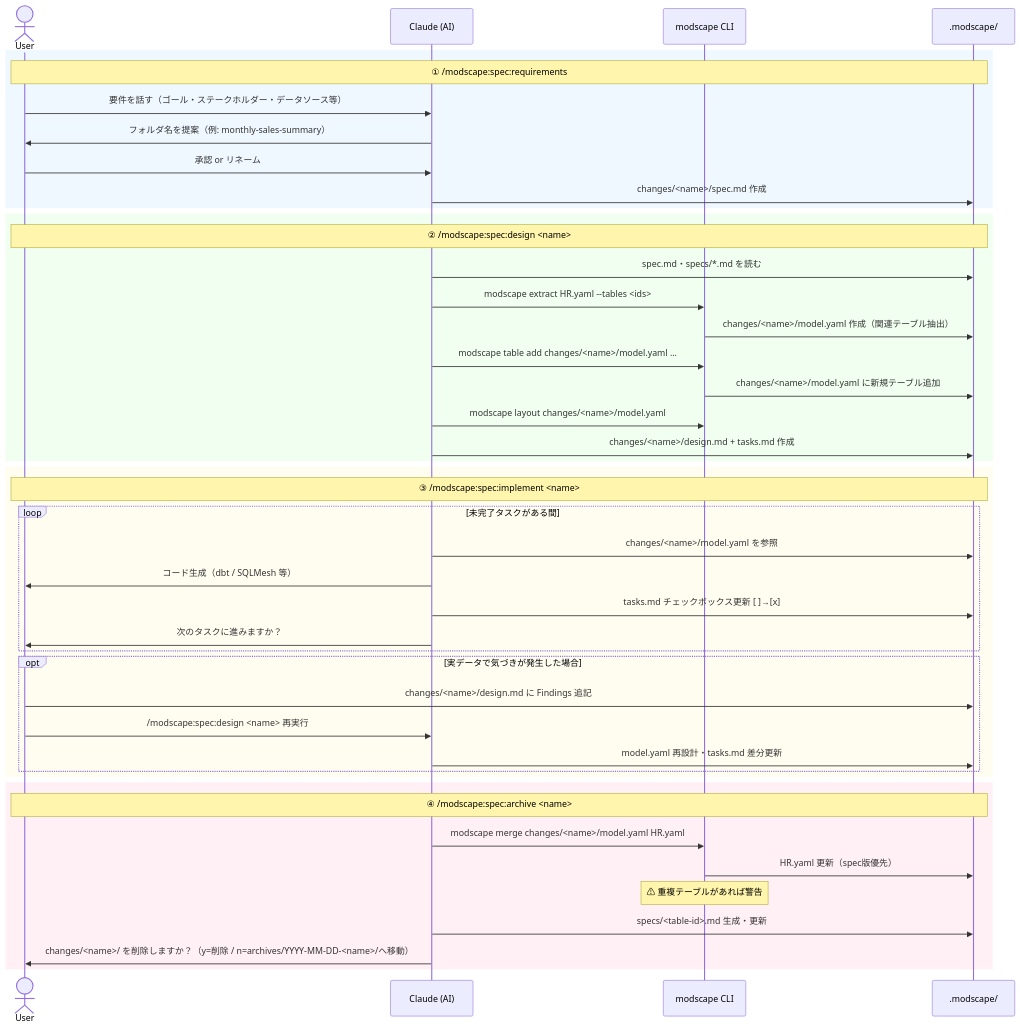
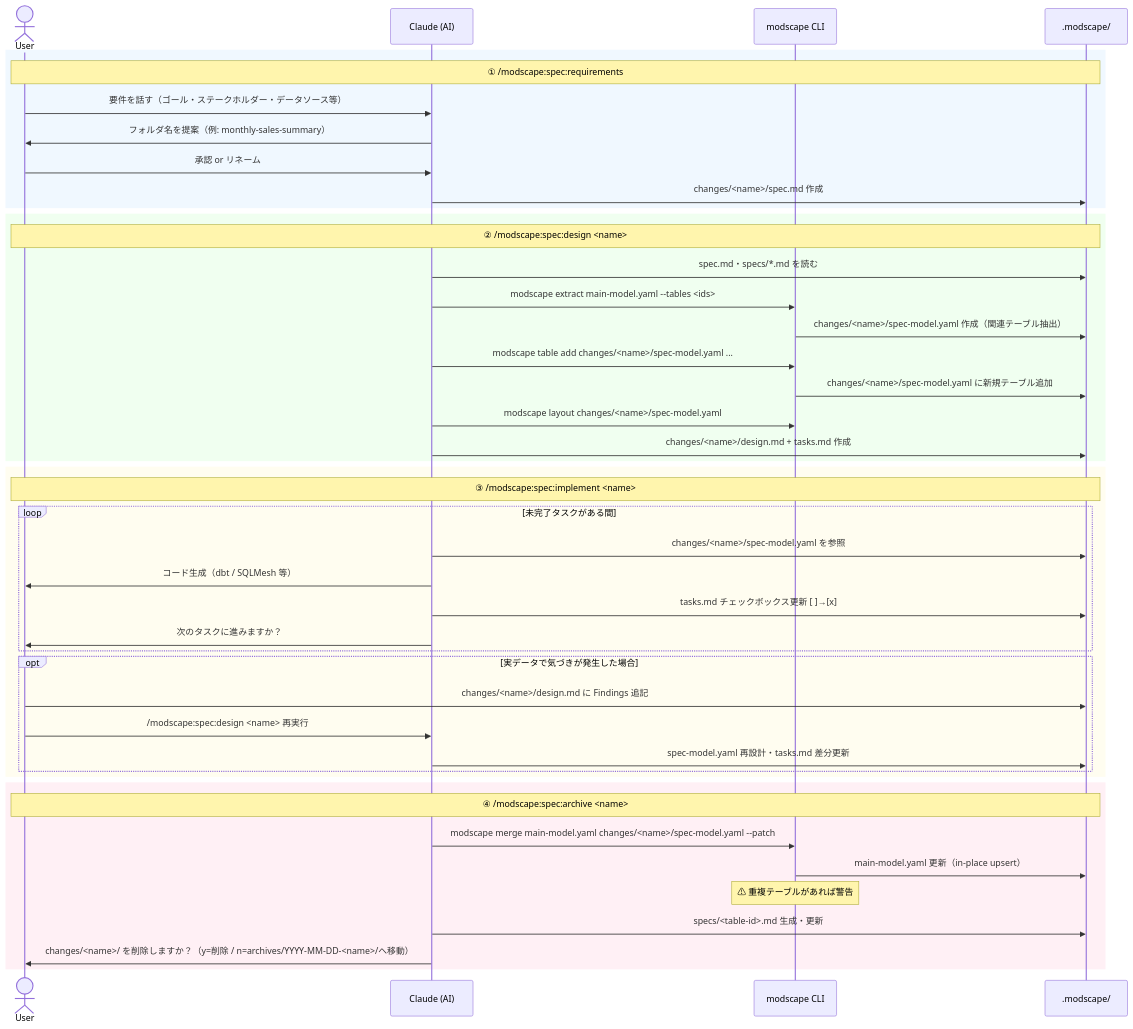
Before and after one commit to yujikawa/modscape: the diagram in README.ja.md, drawn with Mermaid. The commit also changed other lines of this file and 19 other files, not shown here.

````diff
--- a/README.ja.md
+++ b/README.ja.md
@@ -565,50 +565,50 @@
 ```mermaid
 sequenceDiagram
     actor User
     participant AI as Claude (AI)
     participant CLI as modscape CLI
     participant FS as .modscape/
 
     rect rgb(240, 248, 255)
         Note over User,FS: ① /modscape:spec:requirements
         User->>AI: 要件を話す（ゴール・ステークホルダー・データソース等）
         AI->>User: フォルダ名を提案（例: monthly-sales-summary）
         User->>AI: 承認 or リネーム
         AI->>FS: changes/<name>/spec.md 作成
     end
 
     rect rgb(240, 255, 240)
         Note over User,FS: ② /modscape:spec:design <name>
         AI->>FS: spec.md・specs/*.md を読む
-        AI->>CLI: modscape extract HR.yaml --tables <ids>
-        CLI->>FS: changes/<name>/model.yaml 作成（関連テーブル抽出）
-        AI->>CLI: modscape table add changes/<name>/model.yaml ...
-        CLI->>FS: changes/<name>/model.yaml に新規テーブル追加
-        AI->>CLI: modscape layout changes/<name>/model.yaml
+        AI->>CLI: modscape extract main-model.yaml --tables <ids>
+        CLI->>FS: changes/<name>/spec-model.yaml 作成（関連テーブル抽出）
+        AI->>CLI: modscape table add changes/<name>/spec-model.yaml ...
+        CLI->>FS: changes/<name>/spec-model.yaml に新規テーブル追加
+        AI->>CLI: modscape layout changes/<name>/spec-model.yaml
         AI->>FS: changes/<name>/design.md + tasks.md 作成
     end
 
     rect rgb(255, 253, 240)
         Note over User,FS: ③ /modscape:spec:implement <name>
         loop 未完了タスクがある間
-            AI->>FS: changes/<name>/model.yaml を参照
+            AI->>FS: changes/<name>/spec-model.yaml を参照
             AI->>User: コード生成（dbt / SQLMesh 等）
             AI->>FS: tasks.md チェックボックス更新 [ ]→[x]
             AI->>User: 次のタスクに進みますか？
         end
         opt 実データで気づきが発生した場合
             User->>FS: changes/<name>/design.md に Findings 追記
             User->>AI: /modscape:spec:design <name> 再実行
-            AI->>FS: model.yaml 再設計・tasks.md 差分更新
+            AI->>FS: spec-model.yaml 再設計・tasks.md 差分更新
         end
     end
 
     rect rgb(255, 240, 245)
         Note over User,FS: ④ /modscape:spec:archive <name>
-        AI->>CLI: modscape merge changes/<name>/model.yaml HR.yaml
-        CLI->>FS: HR.yaml 更新（spec版優先）
+        AI->>CLI: modscape merge main-model.yaml changes/<name>/spec-model.yaml --patch
+        CLI->>FS: main-model.yaml 更新（in-place upsert）
         Note over CLI: ⚠ 重複テーブルがあれば警告
         AI->>FS: specs/<table-id>.md 生成・更新
         AI->>User: changes/<name>/ を削除しますか？（y=削除 / n=archives/YYYY-MM-DD-<name>/へ移動）
     end
 ```
````
